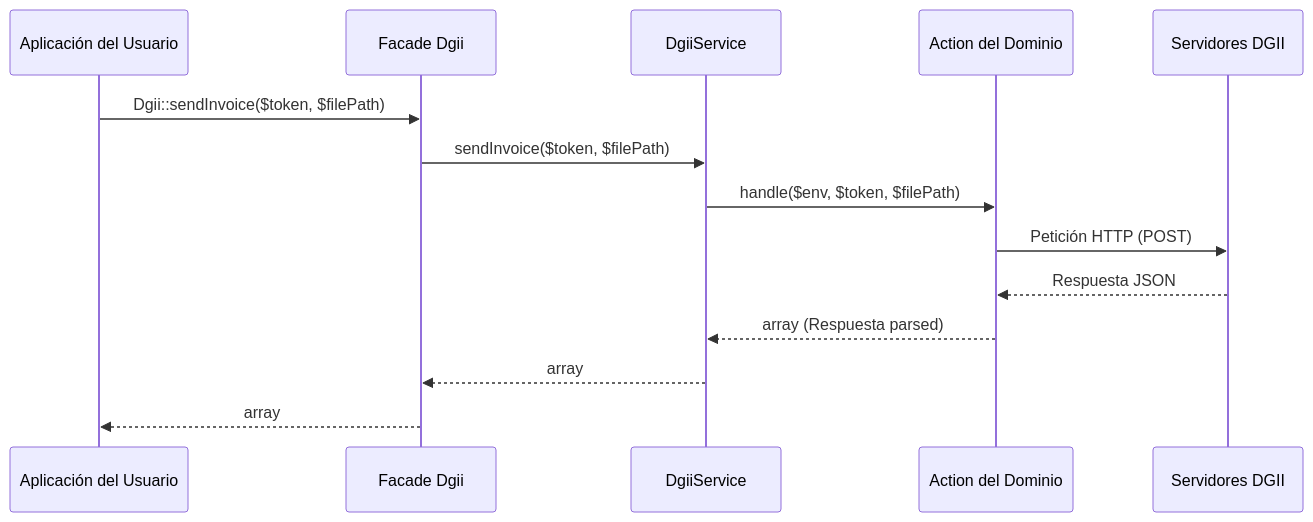
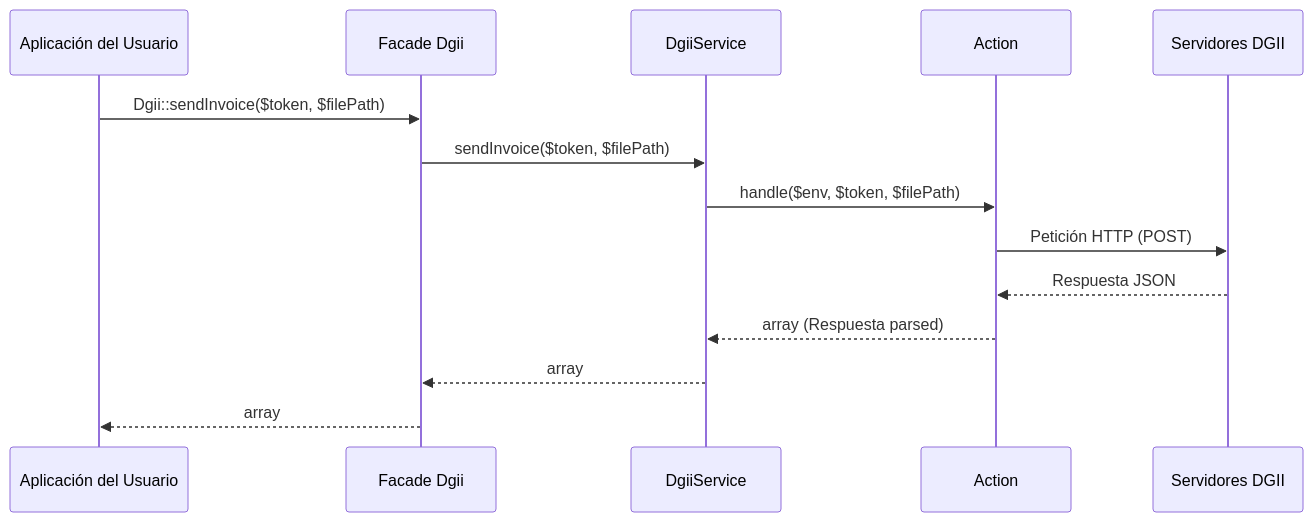
The diagram in docs/internals/architecture.md (platinum-place/laravel-dgii), drawn with Mermaid before and after one commit. The commit also changed other lines of this file and 22 other files, not shown here.

Commit message:
refactor(core): flatten action structure and simplify architecture

````diff
--- a/docs/internals/architecture.md
+++ b/docs/internals/architecture.md
@@ -27,17 +27,17 @@
 ```mermaid
 sequenceDiagram
     participant App as Aplicación del Usuario
     participant Facade as Facade Dgii
     participant Gateway as DgiiService
-    participant Action as Action del Dominio
+    participant Action as Action
     participant DGII as Servidores DGII
     
     App->>Facade: Dgii::sendInvoice($token, $filePath)
     Facade->>Gateway: sendInvoice($token, $filePath)
     Gateway->>Action: handle($env, $token, $filePath)
     Action->>DGII: Petición HTTP (POST)
     DGII-->>Action: Respuesta JSON
     Action-->>Gateway: array (Respuesta parsed)
     Gateway-->>Facade: array
     Facade-->>App: array
 ```
````
